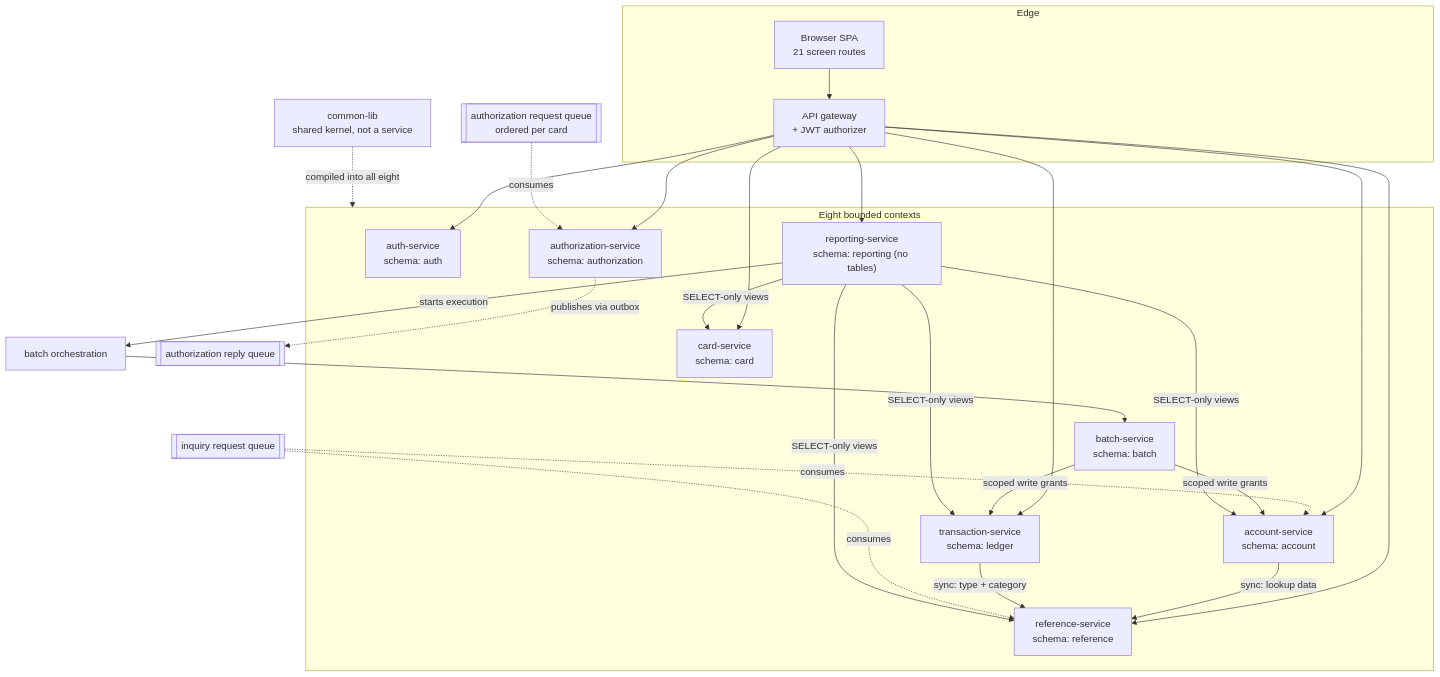
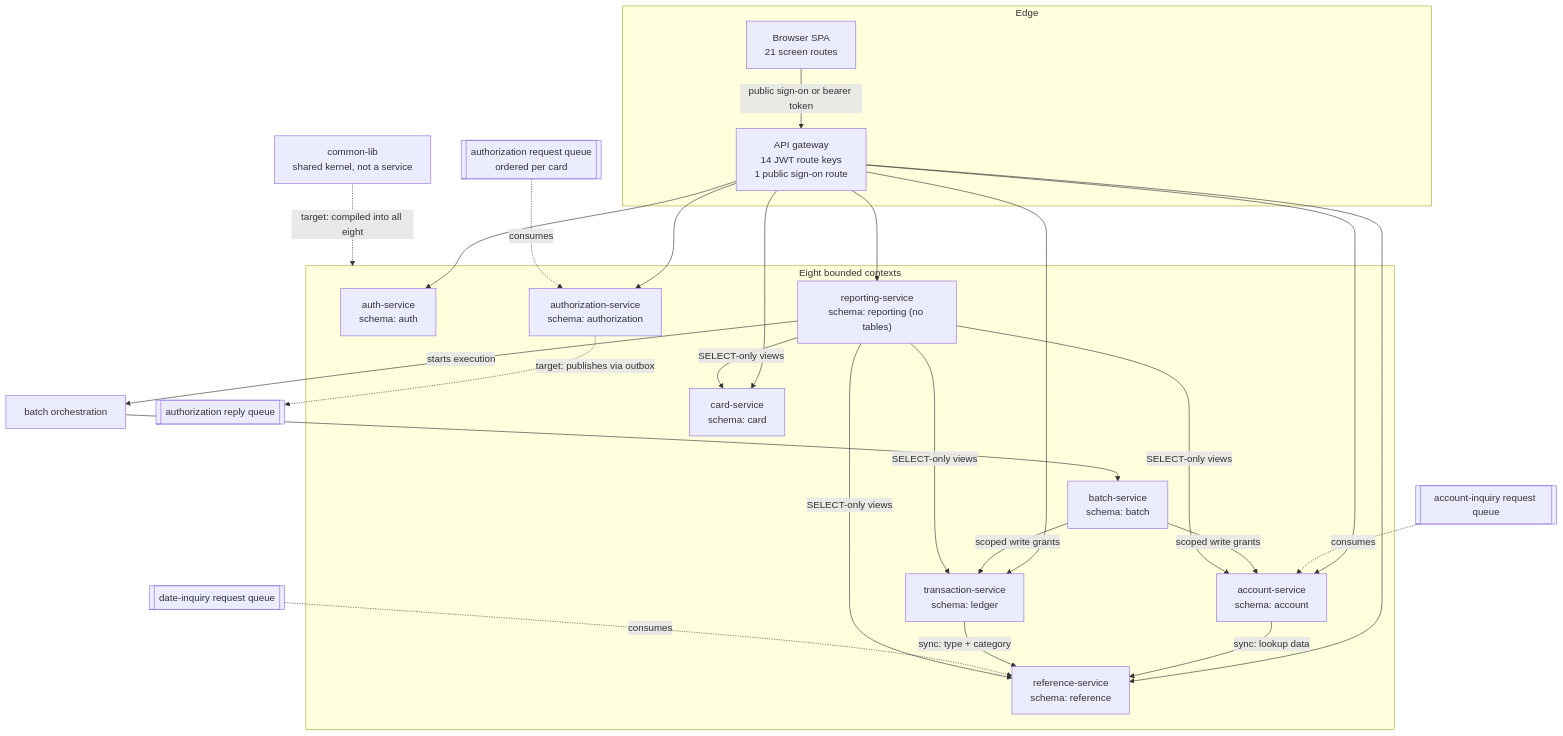
Before and after one commit to Blitzy-LocalStack/aws-mainframe-modernization-carddemo: the diagram in docs/architecture/service-catalog.md, drawn with Mermaid. The commit also changed other lines of this file and 319 other files, not shown here.

````diff
--- a/docs/architecture/service-catalog.md
+++ b/docs/architecture/service-catalog.md
@@ -921,54 +938,54 @@
 ```mermaid
 graph TB
     subgraph edge["Edge"]
         SPA["Browser SPA<br/>21 screen routes"]
-        GW["API gateway<br/>+ JWT authorizer"]
-        SPA --> GW
+        GW["API gateway<br/>14 JWT route keys<br/>1 public sign-on route"]
+        SPA -->|"public sign-on or bearer token"| GW
     end
 
     subgraph contexts["Eight bounded contexts"]
         AUTH["auth-service<br/>schema: auth"]
         ACCT["account-service<br/>schema: account"]
         CARD["card-service<br/>schema: card"]
         TRAN["transaction-service<br/>schema: ledger"]
         REF["reference-service<br/>schema: reference"]
         BATCH["batch-service<br/>schema: batch"]
         AUTZ["authorization-service<br/>schema: authorization"]
         REPT["reporting-service<br/>schema: reporting (no tables)"]
     end
 
     LIB["common-lib<br/>shared kernel, not a service"]
 
     GW --> AUTH
     GW --> ACCT
     GW --> CARD
     GW --> TRAN
     GW --> REF
     GW --> AUTZ
     GW --> REPT
 
     ACCT -->|"sync: lookup data"| REF
     TRAN -->|"sync: type + category"| REF
 
     RQ[["authorization request queue<br/>ordered per card"]] -.->|consumes| AUTZ
-    AUTZ -.->|"publishes via outbox"| RP[["authorization reply queue"]]
-    IQ[["inquiry request queue"]] -.->|consumes| ACCT
-    IQ -.->|consumes| REF
+    AUTZ -.->|"target: publishes via outbox"| RP[["authorization reply queue"]]
+    AIQ[["account-inquiry request queue"]] -.->|consumes| ACCT
+    DIQ[["date-inquiry request queue"]] -.->|consumes| REF
 
     ORCH["batch orchestration"] --> BATCH
     BATCH -->|"scoped write grants"| TRAN
     BATCH -->|"scoped write grants"| ACCT
     REPT -->|"SELECT-only views"| TRAN
     REPT -->|"SELECT-only views"| ACCT
     REPT -->|"SELECT-only views"| CARD
     REPT -->|"SELECT-only views"| REF
     REPT -->|"starts execution"| ORCH
 
-    LIB -.->|"compiled into all eight"| contexts
+    LIB -.->|"target: compiled into all eight"| contexts
 %% Solid edges are synchronous or transactional; dashed edges are asynchronous or
-%% build-time. The two BATCH edges are the single documented exception to
+%% build-time target relationships. The two BATCH edges are the single documented exception to
 %% database-per-service ownership, and they are write grants on two named schemas
 %% rather than service-to-service calls. The four REPT edges are the four SELECT-only
 %% grants in data-migration/sql/V0__schemas_and_roles.sql section 5 -- ledger,
 %% account, card and reference -- and no other schema is reachable from REPT.
 ```
````
